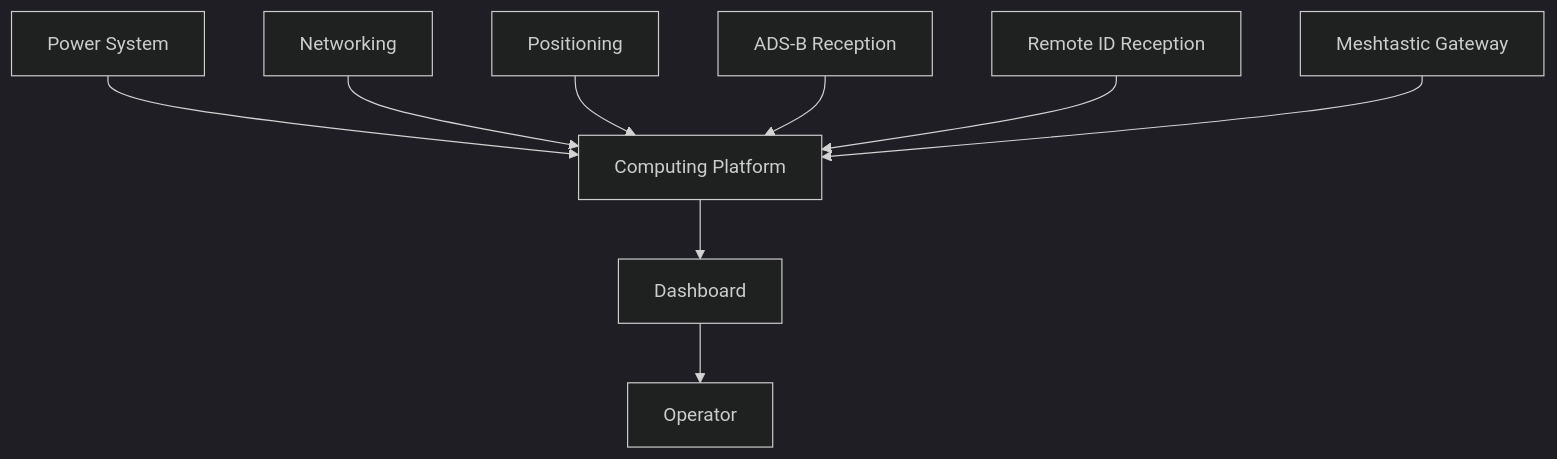
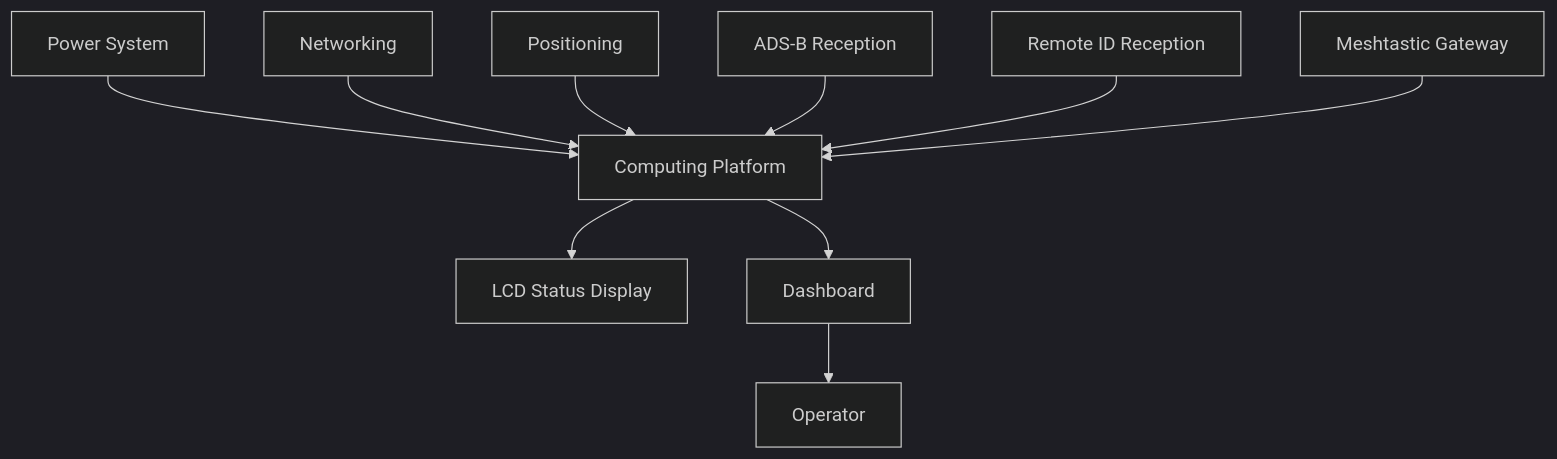
The first of 2 diagrams in tracker-mini/frontend/help/docs/hardware/overview.md (iz0qwm/drone_detector_antsdr_dronescout), drawn with Mermaid (dark theme) before and after one commit. The commit also changed other lines of this file and 19 other files, not shown here.

````diff
--- a/tracker-mini/frontend/help/docs/hardware/overview.md
+++ b/tracker-mini/frontend/help/docs/hardware/overview.md
@@ -48,26 +48,28 @@
 ```mermaid
 flowchart TD
 
     Power["Power System"]
     Compute["Computing Platform"]
     Network["Networking"]
     GPS["Positioning"]
     ADSB["ADS-B Reception"]
     RID["Remote ID Reception"]
     Mesh["Meshtastic Gateway"]
+    LCD["LCD Status Display"]
 
     Dash["Dashboard"]
     Operator["Operator"]
 
     Power --> Compute
 
     Network --> Compute
     GPS --> Compute
     ADSB --> Compute
     RID --> Compute
     Mesh --> Compute
+    Compute --> LCD
 
     Compute --> Dash
 
     Dash --> Operator
 ```
````
